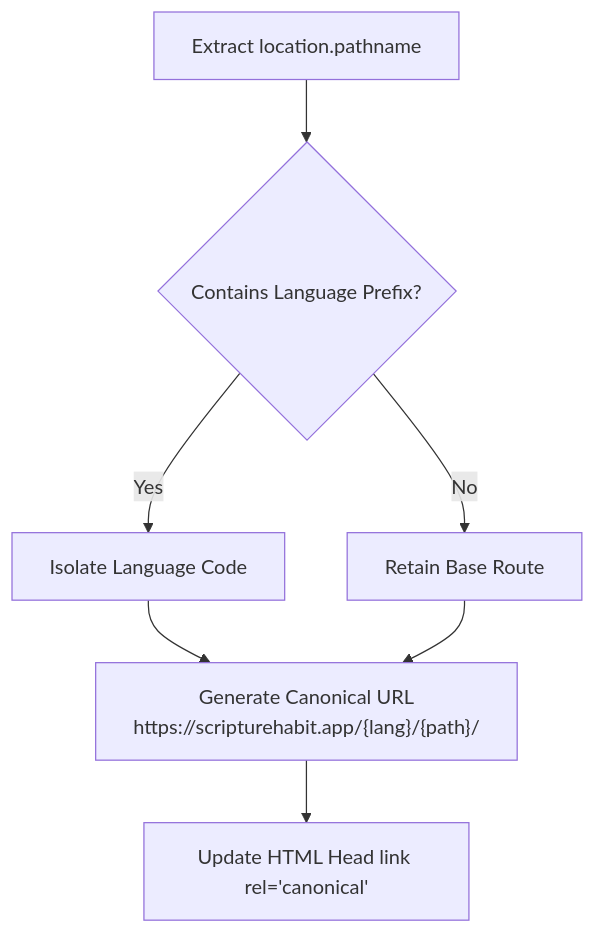
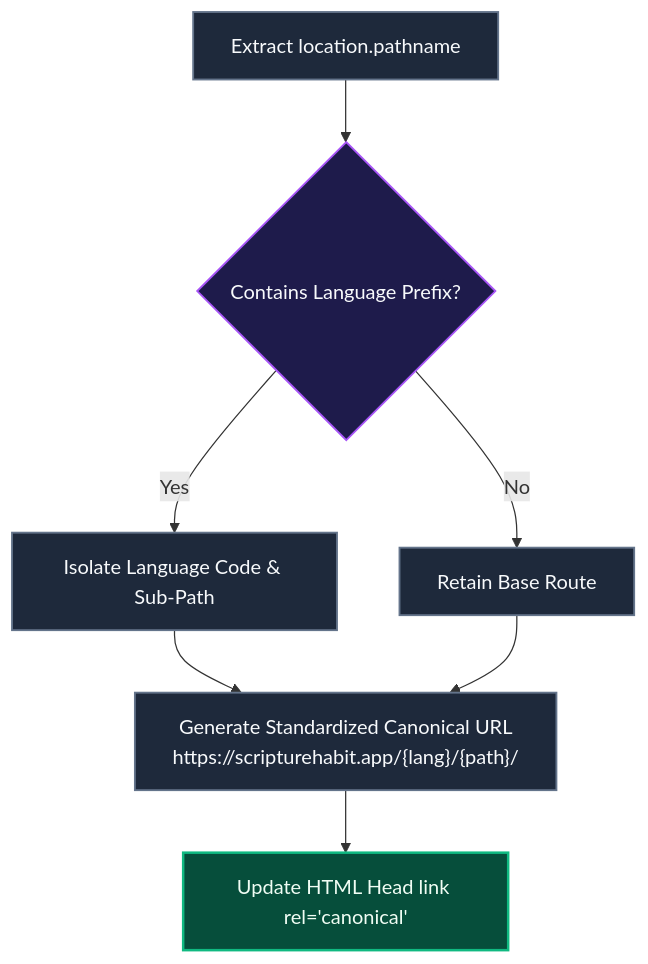
The diagram in docs/seo-and-meta-management.md (ScriptureHabit/scripture-habit), drawn with Mermaid before and after one commit. The commit also changed other lines of this file and 57 other files, not shown here.

Commit message:
docs: refine documentation prose and add structured diagram breakdowns across JA and EN

````diff
--- a/docs/seo-and-meta-management.md
+++ b/docs/seo-and-meta-management.md
@@ -11,9 +11,13 @@
 ```mermaid
 flowchart TD
-    Path["Extract location.pathname"] --> CheckPrefix{"Contains Language Prefix?"}
-    CheckPrefix -- Yes --> Extract["Isolate Language Code"]
-    CheckPrefix -- No --> Keep["Retain Base Route"]
-    Extract --> Canonical["Generate Canonical URL<br/>https://scripturehabit.app/{lang}/{path}/"]
+    classDef step fill:#1e293b,stroke:#64748b,stroke-width:1.5px,color:#f8fafc;
+    classDef branch fill:#1e1b4b,stroke:#a855f7,stroke-width:1.5px,color:#f8fafc;
+    classDef output fill:#064e3b,stroke:#10b981,stroke-width:2px,color:#f0fdf4;
+
+    Path["Extract location.pathname"]:::step --> CheckPrefix{"Contains Language Prefix?"}:::branch
+    CheckPrefix -- "Yes" --> Extract["Isolate Language Code & Sub-Path"]:::step
+    CheckPrefix -- "No" --> Keep["Retain Base Route"]:::step
+    Extract --> Canonical["Generate Standardized Canonical URL<br/>https://scripturehabit.app/{lang}/{path}/"]:::step
     Keep --> Canonical
-    Canonical --> Insert["Update HTML Head link rel='canonical'"]
+    Canonical --> Insert["Update HTML Head link rel='canonical'"]:::output
 ```
````
